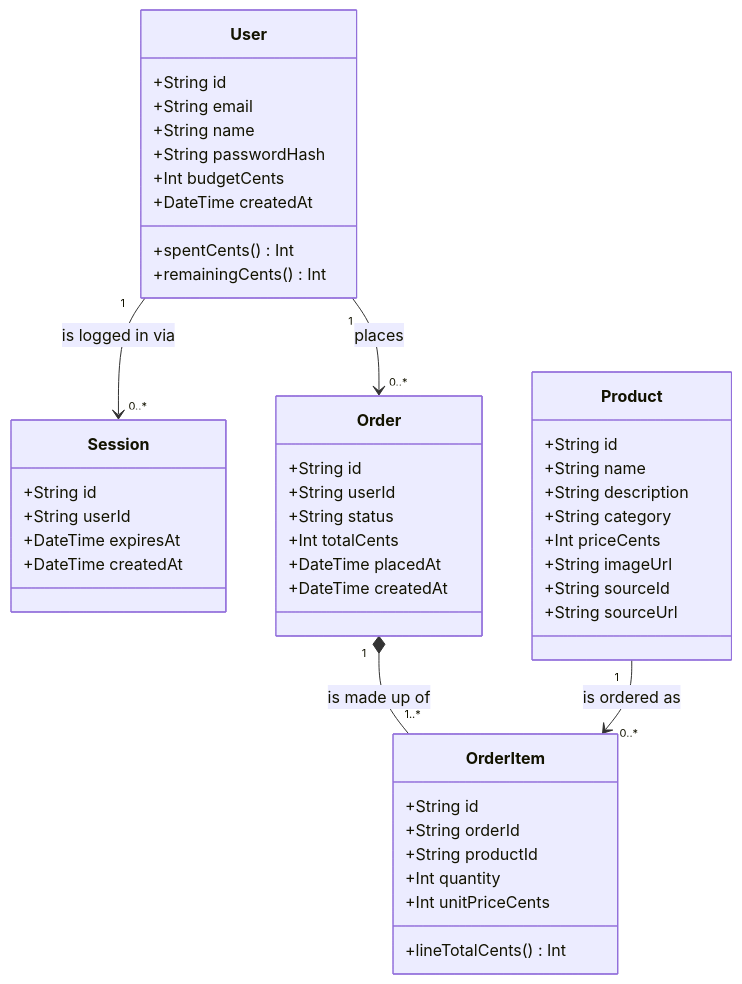
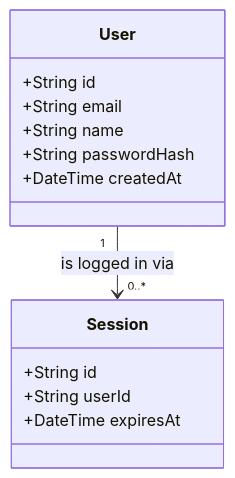
One commit to kaushikvikash96/my-furniture-buyer-app changed the second of 2 diagrams in architecture.md. Above: the diagram before and after it, drawn with Mermaid. The commit also changed other lines of this file and 22 other files, not shown here.

````diff
--- a/architecture.md
+++ b/architecture.md
@@ -211,54 +131,16 @@
 ```mermaid
 classDiagram
     class User {
         +String id
         +String email
         +String name
         +String passwordHash
-        +Int budgetCents
         +DateTime createdAt
-        +spentCents() Int
-        +remainingCents() Int
     }
-
     class Session {
         +String id
         +String userId
         +DateTime expiresAt
-        +DateTime createdAt
     }
-
-    class Product {
-        +String id
-        +String name
-        +String description
-        +String category
-        +Int priceCents
-        +String imageUrl
-        +String sourceId
-        +String sourceUrl
-    }
-
-    class Order {
-        +String id
-        +String userId
-        +String status
-        +Int totalCents
-        +DateTime placedAt
-        +DateTime createdAt
-    }
-
-    class OrderItem {
-        +String id
-        +String orderId
-        +String productId
-        +Int quantity
-        +Int unitPriceCents
-        +lineTotalCents() Int
-    }
-
     User "1" --> "0..*" Session : is logged in via
-    User "1" --> "0..*" Order : places
-    Order "1" *-- "1..*" OrderItem : is made up of
-    Product "1" --> "0..*" OrderItem : is ordered as
 ```
````
